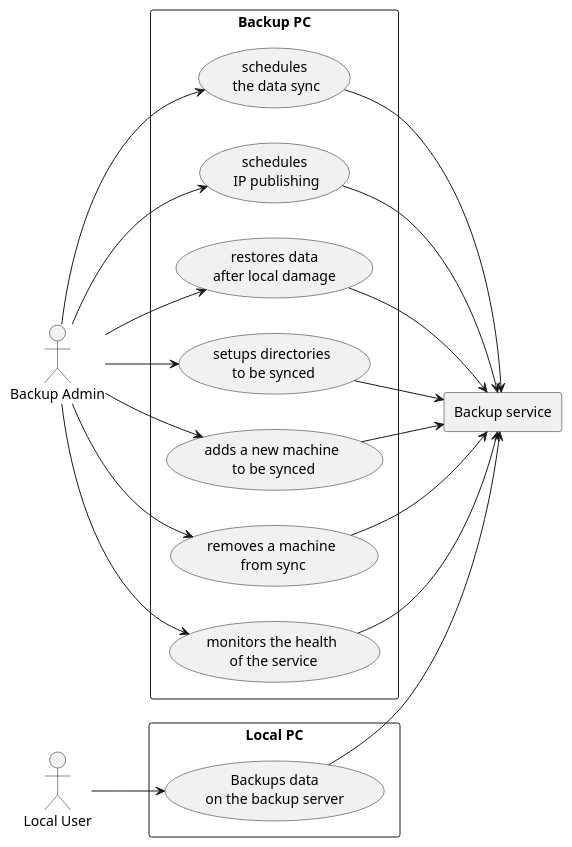
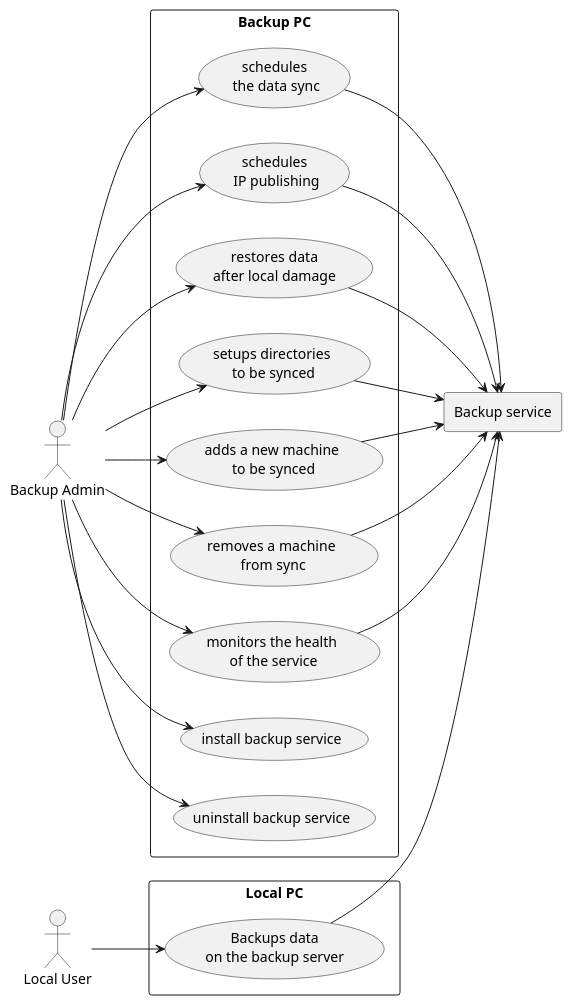
The diagram in docs/uml/use_cases.puml (rhaport/datasync), drawn with PlantUML before and after one commit. The commit also changed 27 other files, not shown here.

```diff
--- a/docs/uml/use_cases.puml
+++ b/docs/uml/use_cases.puml
@@ -1,41 +1,45 @@
 @startuml
-left to right direction 
+left to right direction
 
 :Backup Admin: as Admin
 :Local User: as User
 agent "Backup service" as server
 
 rectangle "Local PC" {
-usecase LU_backup as "Backups data 
+usecase LU_backup as "Backups data
 on the backup server"
 }
 
 rectangle "Backup PC" {
   usecase BA_sched_sync as "schedules\n the data sync"
   usecase BA_sched_IP as "schedules\n IP publishing"
-  usecase BA_restore as "restores data 
+  usecase BA_restore as "restores data
   after local damage"
-  usecase BA_setup as "setups directories\n to be synced"
+  usecase BA_setup_dirs as "setups directories\n to be synced"
   usecase BA_add as "adds a new machine\n to be synced"
   usecase BA_remove as "removes a machine\n from sync"
   usecase BA_monitor as "monitors the health\n of the service"
+  usecase BA_install as "install backup service"
+  usecase BA_uninstall as "uninstall backup service"
 }
 
 User --> (LU_backup)
 (LU_backup) --> server
 
 Admin --> (BA_sched_sync)
 Admin --> (BA_sched_IP)
 Admin --> (BA_restore)
-Admin --> (BA_setup)
+Admin --> (BA_setup_dirs)
 Admin --> (BA_add)
 Admin --> (BA_remove)
 Admin --> (BA_monitor)
+Admin --> (BA_install)
+Admin --> (BA_uninstall)
 (BA_sched_sync) --> server
 (BA_sched_IP) --> server
 (BA_restore) --> server
-(BA_setup) --> server
+(BA_setup_dirs) --> server
 (BA_add) --> server
 (BA_remove) --> server
 (BA_monitor) --> server
 @enduml
```
